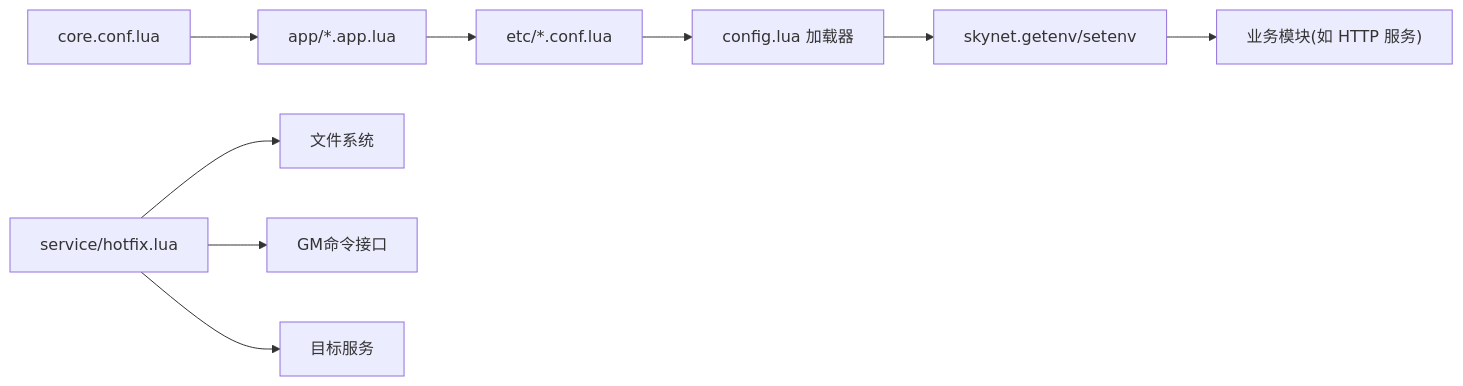
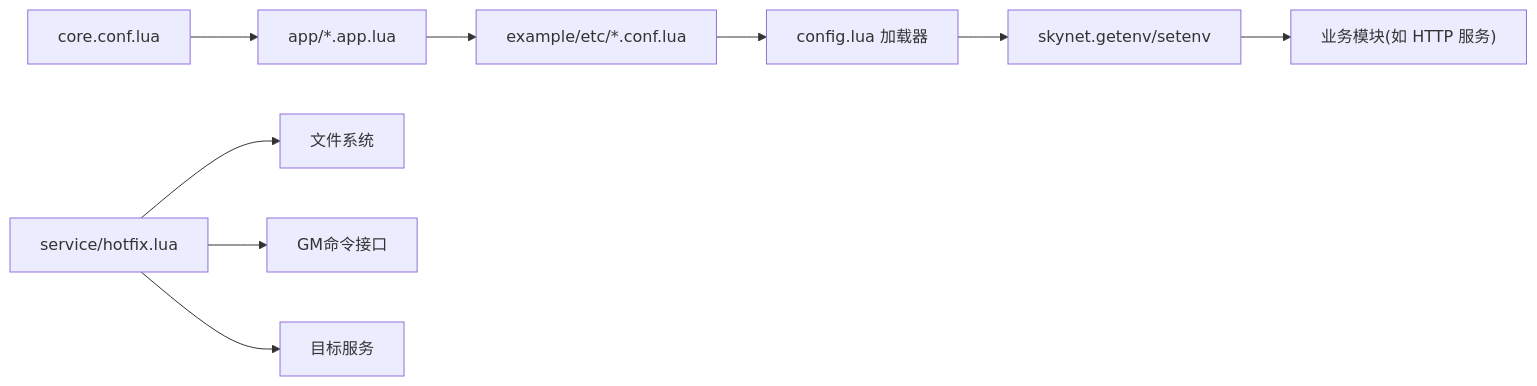
One commit to hanxi/skyext changed the sixth of 6 diagrams in docs/repowiki/zh/content/核心模块/配置管理系统.md. Above: the diagram before and after it, drawn with Mermaid. The commit also changed other lines of this file and 117 other files, not shown here.

````diff
--- a/docs/repowiki/zh/content/核心模块/配置管理系统.md
+++ b/docs/repowiki/zh/content/核心模块/配置管理系统.md
@@ -263,11 +263,11 @@
 ```mermaid
 graph LR
 Core["core.conf.lua"] --> AppCfg["app/*.app.lua"]
-AppCfg --> InstCfg["etc/*.conf.lua"]
+AppCfg --> InstCfg["example/etc/*.conf.lua"]
 InstCfg --> Loader["config.lua 加载器"]
 Loader --> Env["skynet.getenv/setenv"]
 Env --> Biz["业务模块(如 HTTP 服务)"]
 Hotfix["service/hotfix.lua"] --> FS["文件系统"]
 Hotfix --> GM["GM命令接口"]
 Hotfix --> Target["目标服务"]
 ```
````
